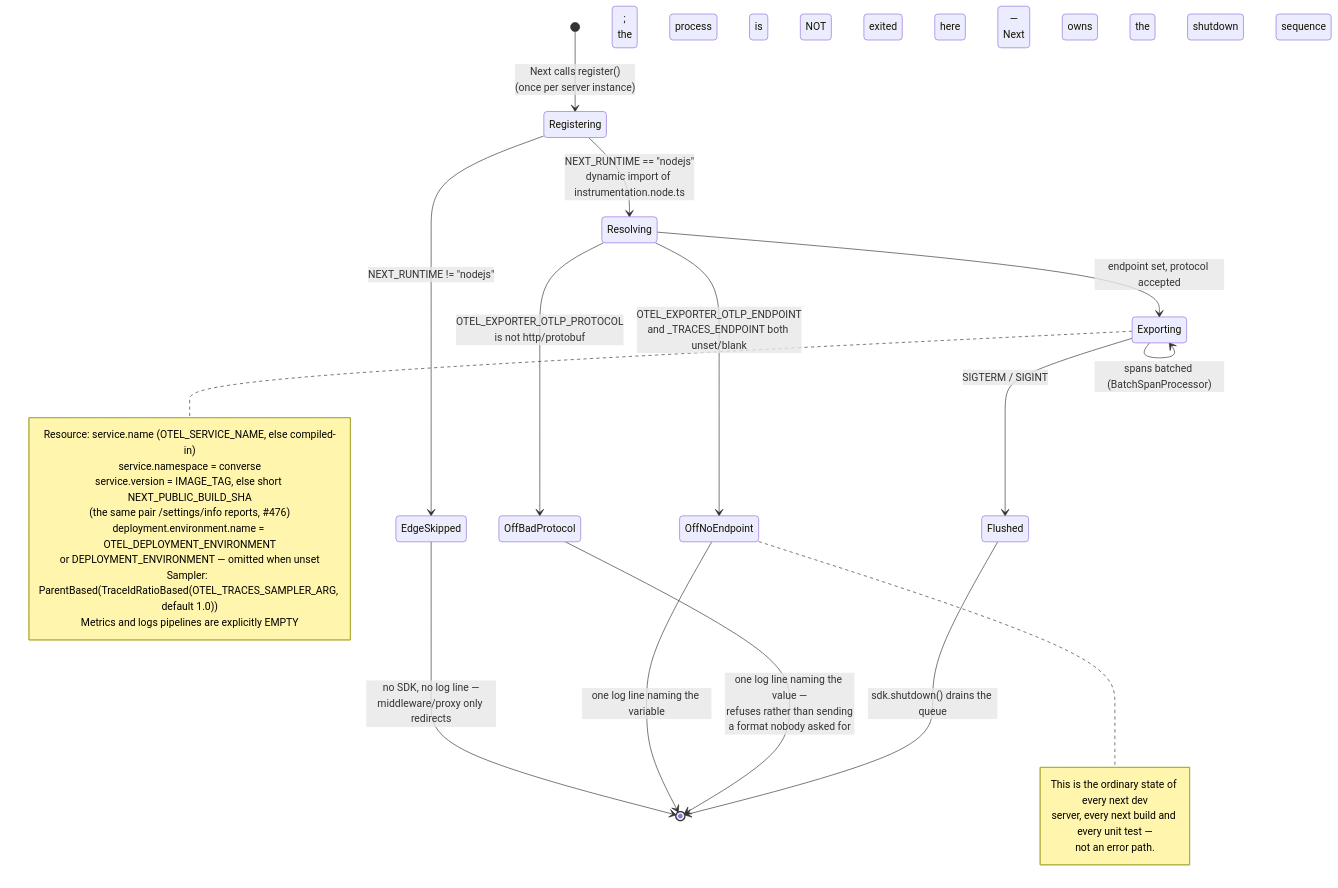
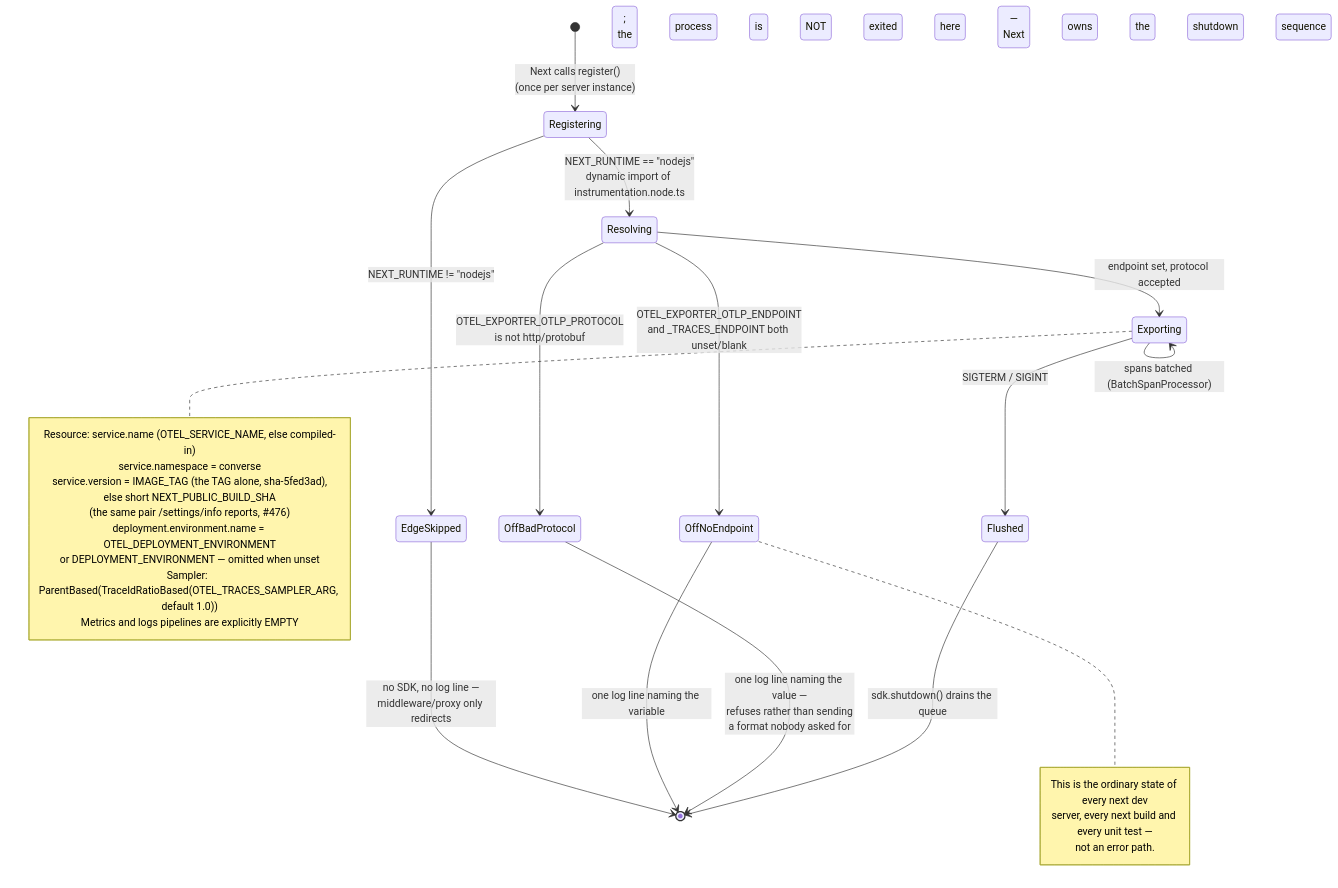
One commit to ADORSYS-GIS/converse-frontends changed the second of 4 diagrams in docs/knowledge/observability.md. Above: the diagram before and after it, drawn with Mermaid. The commit also changed other lines of this file and 17 other files, not shown here.

First line of the commit message:
fix(observability): stamp lci's image, and split IMAGE_TAG from IMAGE_REF (#486)

````diff
--- a/docs/knowledge/observability.md
+++ b/docs/knowledge/observability.md
@@ -85,37 +85,38 @@
 ```mermaid
 stateDiagram-v2
     [*] --> Registering: Next calls register()<br/>(once per server instance)
 
     Registering --> EdgeSkipped: NEXT_RUNTIME != "nodejs"
     EdgeSkipped --> [*]: no SDK, no log line —<br/>middleware/proxy only redirects
 
     Registering --> Resolving: NEXT_RUNTIME == "nodejs"<br/>dynamic import of instrumentation.node.ts
 
     Resolving --> OffNoEndpoint: OTEL_EXPORTER_OTLP_ENDPOINT<br/>and _TRACES_ENDPOINT both unset/blank
     Resolving --> OffBadProtocol: OTEL_EXPORTER_OTLP_PROTOCOL<br/>is not http/protobuf
     Resolving --> Exporting: endpoint set, protocol accepted
 
     OffNoEndpoint --> [*]: one log line naming the variable
     OffBadProtocol --> [*]: one log line naming the value —<br/>refuses rather than sending<br/>a format nobody asked for
 
     Exporting --> Exporting: spans batched (BatchSpanProcessor)
     Exporting --> Flushed: SIGTERM / SIGINT
     Flushed --> [*]: sdk.shutdown() drains the queue;<br/>the process is NOT exited here —<br/>Next owns the shutdown sequence
 
     note right of Exporting
       Resource: service.name (OTEL_SERVICE_NAME, else compiled-in)
                 service.namespace = converse
-                service.version = IMAGE_TAG, else short NEXT_PUBLIC_BUILD_SHA
+                service.version = IMAGE_TAG (the TAG alone, sha-5fed3ad),
+                                  else short NEXT_PUBLIC_BUILD_SHA
                                   (the same pair /settings/info reports, #476)
                 deployment.environment.name = OTEL_DEPLOYMENT_ENVIRONMENT
                                   or DEPLOYMENT_ENVIRONMENT — omitted when unset
       Sampler:  ParentBased(TraceIdRatioBased(OTEL_TRACES_SAMPLER_ARG, default 1.0))
       Metrics and logs pipelines are explicitly EMPTY
     end note
 
     note right of OffNoEndpoint
       This is the ordinary state of every next dev
       server, every next build and every unit test —
       not an error path.
     end note
 ```
````
